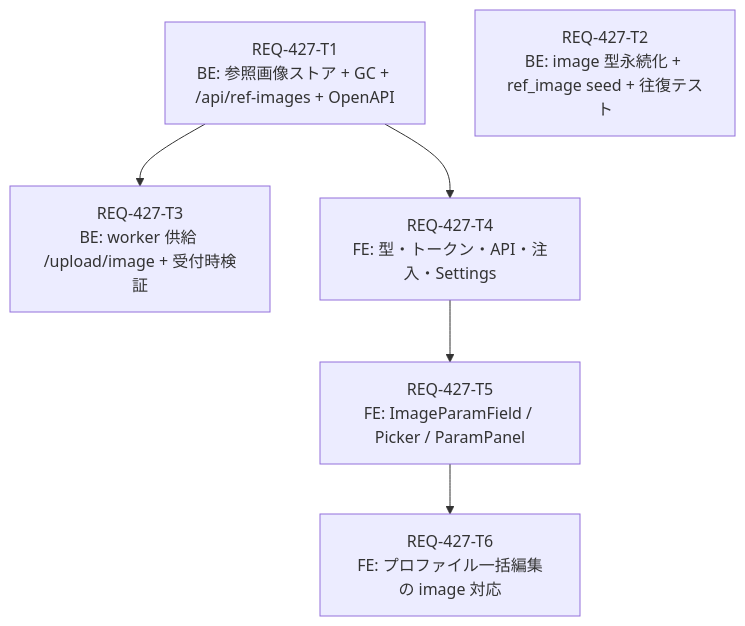
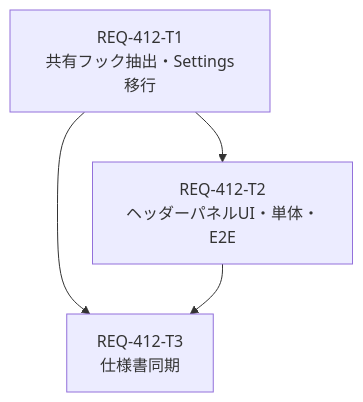
Before and after one commit to TAKE4548/comfy-create-helper2: the diagram in implementation_plan.md, drawn with Mermaid. The commit also changed other lines of this file and 19 other files, not shown here.

````diff
--- a/implementation_plan.md
+++ b/implementation_plan.md
@@ -73,13 +36,6 @@
 ```mermaid
 graph TD
-    T1["REQ-427-T1<br/>BE: 参照画像ストア + GC + /api/ref-images + OpenAPI"]
-    T2["REQ-427-T2<br/>BE: image 型永続化 + ref_image seed + 往復テスト"]
-    T3["REQ-427-T3<br/>BE: worker 供給 /upload/image + 受付時検証"]
-    T4["REQ-427-T4<br/>FE: 型・トークン・API・注入・Settings"]
-    T5["REQ-427-T5<br/>FE: ImageParamField / Picker / ParamPanel"]
-    T6["REQ-427-T6<br/>FE: プロファイル一括編集の image 対応"]
-    T1 --> T3
-    T1 --> T4
-    T4 --> T5
-    T5 --> T6
+  T1["REQ-412-T1<br/>共有フック抽出・Settings移行"] --> T2["REQ-412-T2<br/>ヘッダーパネルUI・単体・E2E"]
+  T1 --> T3["REQ-412-T3<br/>仕様書同期"]
+  T2 --> T3
 ```
````
